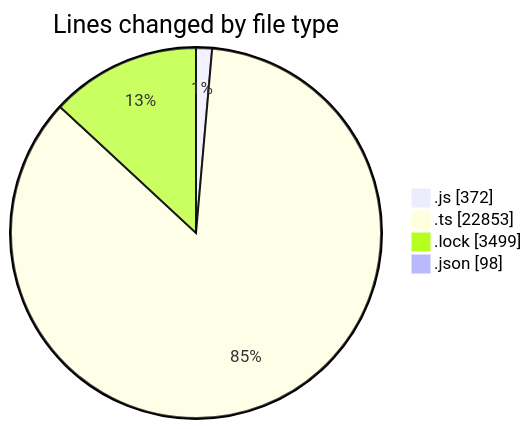
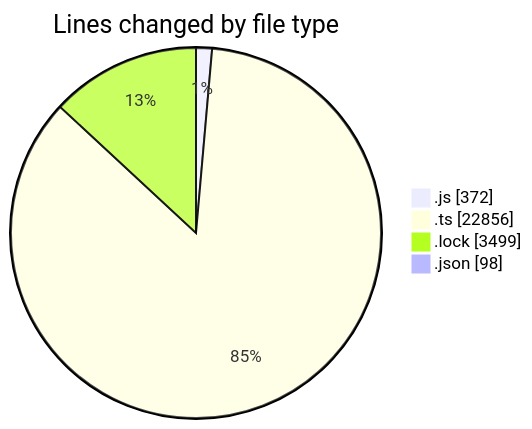
One commit to momahboobian/code-tracking changed the first of 2 diagrams in 2025-05-27/cda/README.md. Above: the diagram before and after it, drawn with Mermaid. The commit also changed other lines of this file and 1 other file, not shown here.

````diff
--- a/2025-05-27/cda/README.md
+++ b/2025-05-27/cda/README.md
@@ -30,8 +30,8 @@
 ```mermaid
 pie showData
 title Lines changed by file type
 ".js" : 372
-".ts" : 22853
+".ts" : 22856
 ".lock" : 3499
 ".json" : 98
 ```
````
